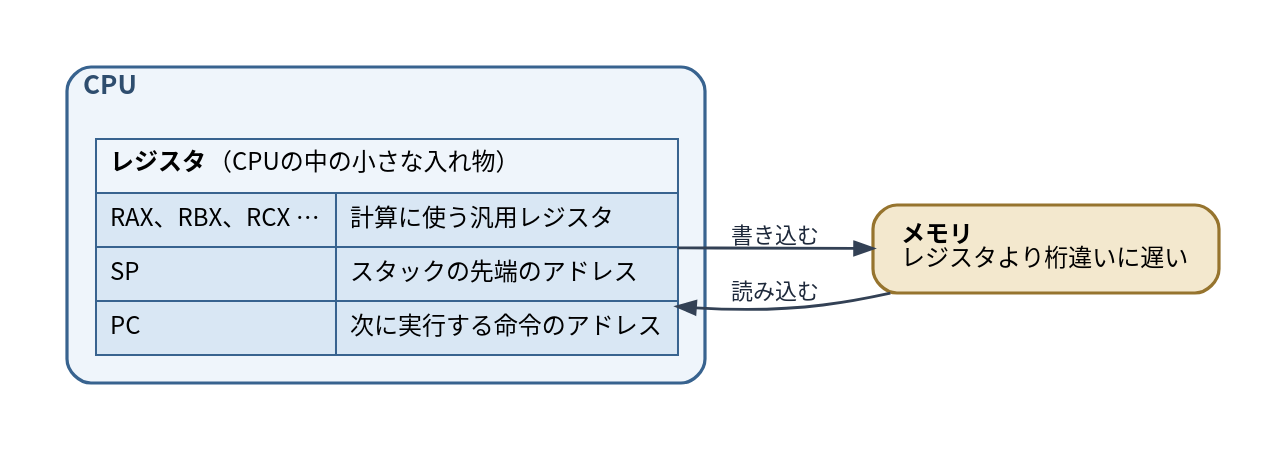
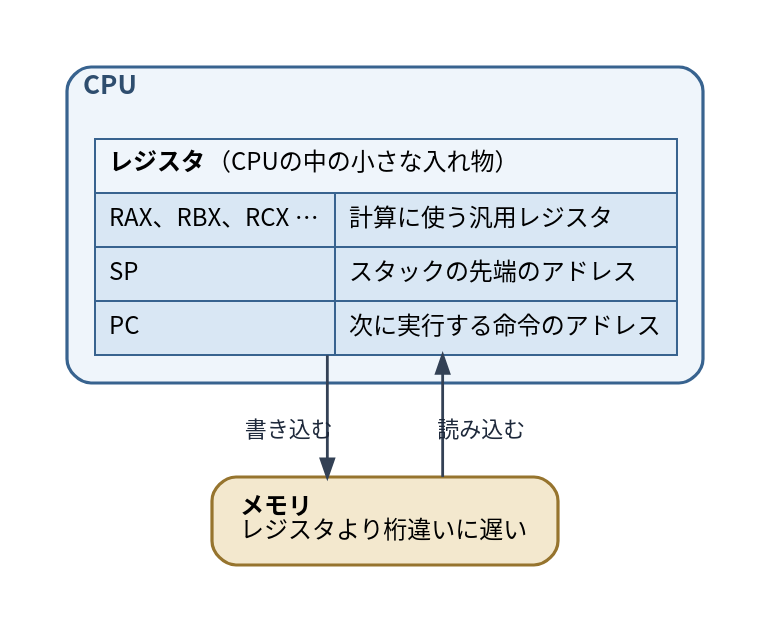
The diagram in diagrams/go-ebpf-primer/20260820-cpu-registers.dot (ymotongpoo/zenn.dev), drawn with Graphviz before and after one commit. The commit also changed 9 other files, not shown here.

First line of the commit message:
fix: 曲線・ラベルの帰属・矢印の形と長さを修正（5図）

```diff
--- a/diagrams/go-ebpf-primer/20260820-cpu-registers.dot
+++ b/diagrams/go-ebpf-primer/20260820-cpu-registers.dot
@@ -1,40 +1,42 @@
 // CPUとレジスタ
 digraph cpu_registers {
   graph [
     fontname="Harano Aji Gothic,Noto Sans CJK JP,IPAGothic", fontsize=13,
-    rankdir=TB, compound=true, splines=true,
-    nodesep=0.5, ranksep=0.7, pad=0.25,
+    rankdir=TB, compound=true, splines=ortho,
+    nodesep=0.5, ranksep=0.85, pad=0.25,
     bgcolor="white", newrank=true
   ];
   node [
     fontname="Harano Aji Gothic,Noto Sans CJK JP,IPAGothic", fontsize=12,
     shape=box, style="rounded,filled",
     fillcolor="#F1F5F9", color="#475569", penwidth=1.6,
     margin="0.2,0.14"
   ];
   edge [
     fontname="Harano Aji Gothic,Noto Sans CJK JP,IPAGothic", fontsize=11,
-    color="#334155", penwidth=1.4, arrowsize=0.9,
+    color="#334155", penwidth=1.4, arrowsize=0.9, labeldistance=3.0,
     fontcolor="#1E293B"
   ];
-  rankdir=LR;
 
   subgraph cluster_cpu {
     label=<<b>CPU</b>>;
     style="rounded"; labeljust="l"; penwidth=1.6; margin=14;
     color="#38638F"; fontcolor="#2E4D6E"; bgcolor="#EFF5FB";
 
     regs [shape=plain, style="", label=<
       <table border="0" cellborder="1" cellspacing="0" cellpadding="6" color="#38638F">
         <tr><td colspan="2" align="left" bgcolor="#EFF5FB"><b>レジスタ</b>（CPUの中の小さな入れ物）</td></tr>
         <tr><td align="left" bgcolor="#D9E7F4">RAX、RBX、RCX …</td><td align="left" bgcolor="#D9E7F4">計算に使う汎用レジスタ</td></tr>
         <tr><td align="left" bgcolor="#D9E7F4">SP</td><td align="left" bgcolor="#D9E7F4">スタックの先端のアドレス</td></tr>
         <tr><td align="left" bgcolor="#D9E7F4">PC</td><td align="left" bgcolor="#D9E7F4">次に実行する命令のアドレス</td></tr>
       </table>>];
   }
 
   mem [label=<<b>メモリ</b><br align="left"/>レジスタより桁違いに遅い<br align="left"/>>, fillcolor="#F3E8CE", color="#96742E"];
 
-  mem -> regs [label=" 読み込む"];
-  regs -> mem [label=" 書き込む"];
+  // 往復する2本を splines=ortho で真下・真上の直線にする。ラベルは xlabel だと
+  // 2本の間（57.6pt）に収まらず、どちらの矢印のものか読み取れなくなるので、
+  // head/tail ラベルを labelangle で各矢印の外側へ振り分ける。
+  mem -> regs [taillabel="読み込む", labelangle=-40];
+  regs -> mem [headlabel="書き込む", labelangle=40];
 }
```
